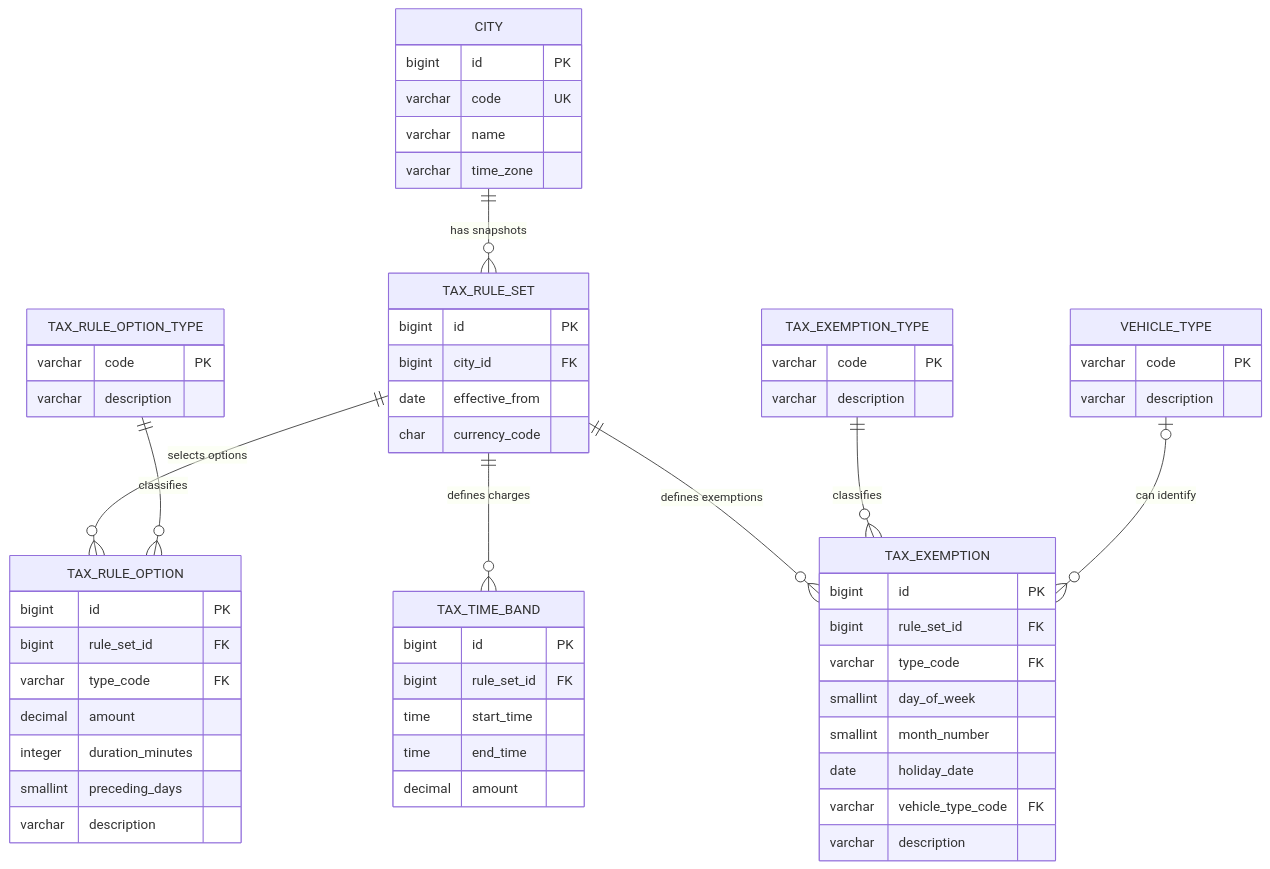
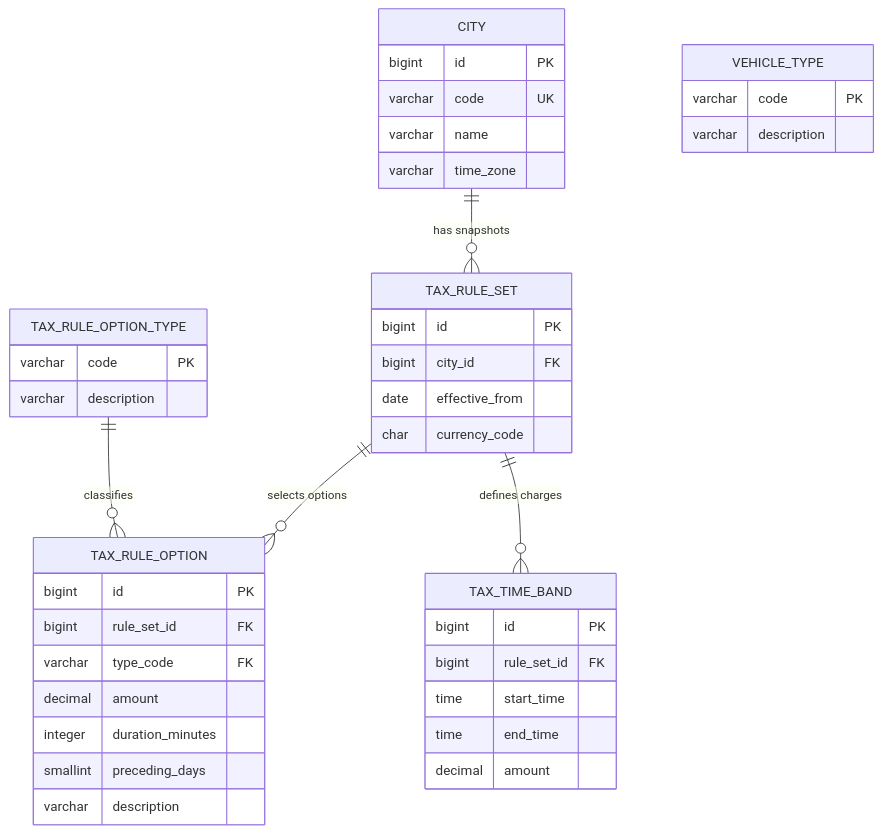
One commit to igrgin/congestion-tax-calculator changed the diagram in docs/design/persistence.md. Above: the diagram before and after it, drawn with Mermaid. The commit also changed other lines of this file and 83 other files, not shown here.

````diff
--- a/docs/design/persistence.md
+++ b/docs/design/persistence.md
@@ -7,61 +7,49 @@
 ```mermaid
 erDiagram
     CITY {
         bigint id PK
         varchar code UK
         varchar name
         varchar time_zone
     }
+
+    VEHICLE_TYPE {
+        varchar code PK
+        varchar description
+    }
+
     TAX_RULE_SET {
         bigint id PK
         bigint city_id FK
         date effective_from
         char currency_code
     }
+
     TAX_RULE_OPTION_TYPE {
         varchar code PK
         varchar description
     }
+
     TAX_RULE_OPTION {
         bigint id PK
         bigint rule_set_id FK
         varchar type_code FK
         decimal amount
         integer duration_minutes
         smallint preceding_days
         varchar description
     }
+
     TAX_TIME_BAND {
         bigint id PK
         bigint rule_set_id FK
         time start_time
         time end_time
         decimal amount
     }
-    VEHICLE_TYPE {
-        varchar code PK
-        varchar description
-    }
-    TAX_EXEMPTION_TYPE {
-        varchar code PK
-        varchar description
-    }
-    TAX_EXEMPTION {
-        bigint id PK
-        bigint rule_set_id FK
-        varchar type_code FK
-        smallint day_of_week
-        smallint month_number
-        date holiday_date
-        varchar vehicle_type_code FK
-        varchar description
-    }
 
     CITY ||--o{ TAX_RULE_SET : "has snapshots"
     TAX_RULE_SET ||--o{ TAX_RULE_OPTION : "selects options"
     TAX_RULE_OPTION_TYPE ||--o{ TAX_RULE_OPTION : "classifies"
     TAX_RULE_SET ||--o{ TAX_TIME_BAND : "defines charges"
-    TAX_RULE_SET ||--o{ TAX_EXEMPTION : "defines exemptions"
-    TAX_EXEMPTION_TYPE ||--o{ TAX_EXEMPTION : "classifies"
-    VEHICLE_TYPE o|--o{ TAX_EXEMPTION : "can identify"
 ```
````
